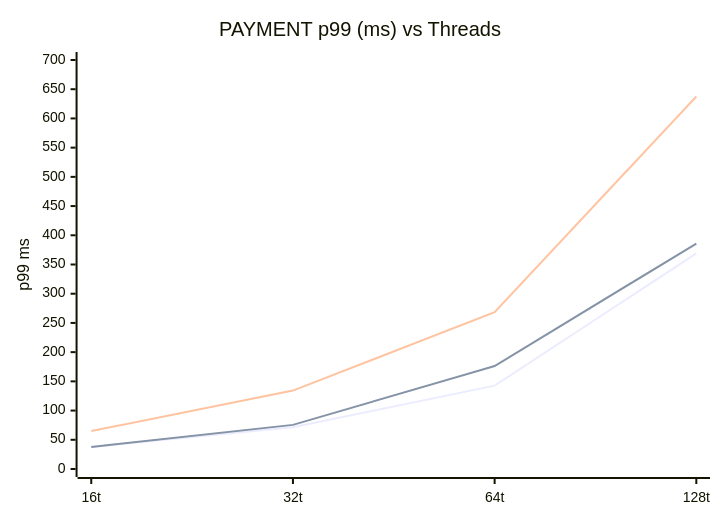
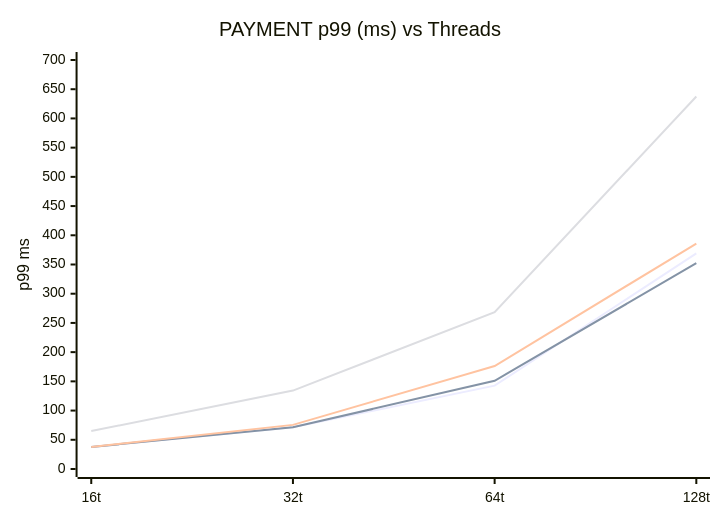
The fourth of 4 diagrams in poc/results/tidb-tc1/S-BASE/compare.md (heavenruler/dba_career), drawn with Mermaid before and after one commit. The commit also changed other lines of this file, not shown here.

````diff
--- a/poc/results/tidb-tc1/S-BASE/compare.md
+++ b/poc/results/tidb-tc1/S-BASE/compare.md
@@ -209,9 +215,10 @@
 ```mermaid
 xychart-beta
   title "PAYMENT p99 (ms) vs Threads"
   x-axis ["16t", "32t", "64t", "128t"]
   y-axis "p99 ms" 0 --> 700
   line [37.7, 71.3, 142.6, 369.1]
+  line [37.7, 71.3, 151.0, 352.3]
   line [37.7, 75.5, 176.2, 385.9]
   line [65.0, 134.2, 268.4, 637.5]
 ```
````
